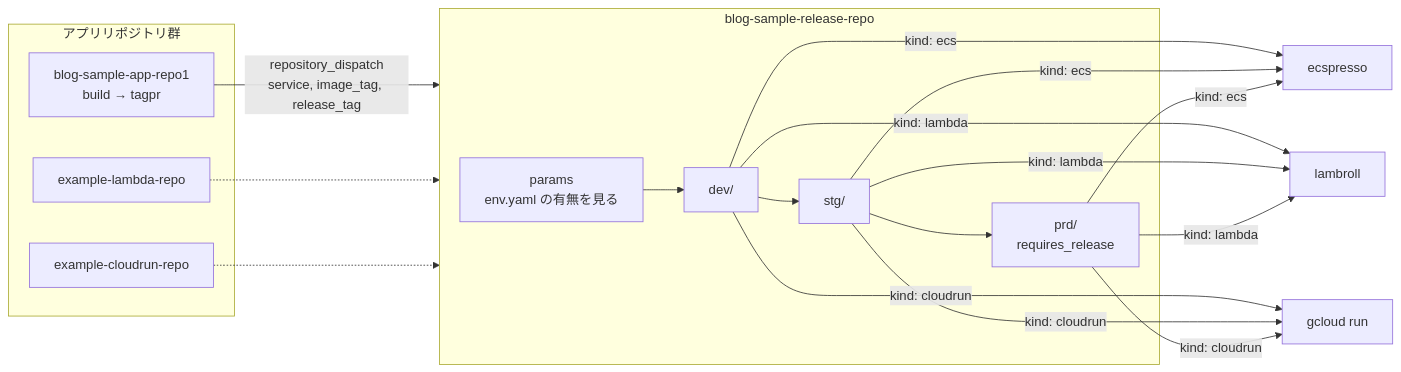
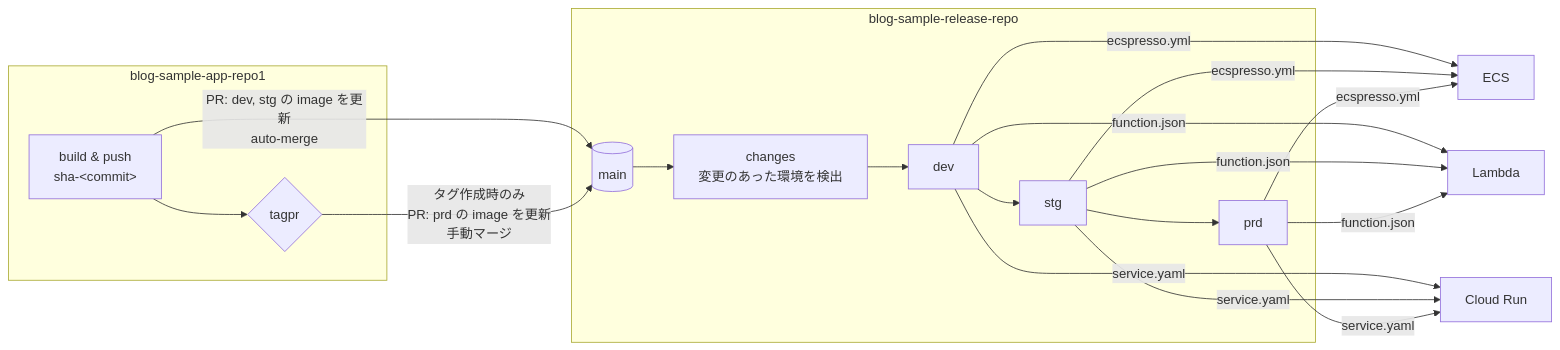
One commit to gainings/blog-sample-release-repo changed the diagram in README.md. Above: the diagram before and after it, drawn with Mermaid. The commit also changed other lines of this file and 26 other files, not shown here.

First line of the commit message:
Release what is on main; drop env.yaml and workflow inputs

````diff
--- a/README.md
+++ b/README.md
@@ -14,17 +18,14 @@
 ```mermaid
 flowchart LR
-    subgraph apps[アプリリポジトリ群]
-        A1[blog-sample-app-repo1<br/>build → tagpr]
-        A2[example-lambda-repo]
-        A3[example-cloudrun-repo]
+    subgraph app[blog-sample-app-repo1]
+        B[build & push<br/>sha-&lt;commit&gt;] --> T{tagpr}
     end
-    A1 -->|repository_dispatch<br/>service, image_tag, release_tag| R
-    A2 -.-> R
-    A3 -.-> R
-    subgraph R[blog-sample-release-repo]
-        P[params<br/>env.yaml の有無を見る] --> D[dev/] --> S[stg/] --> Pr[prd/<br/>requires_release]
+    B -->|PR: dev, stg の image を更新<br/>auto-merge| M[(main)]
+    T -->|タグ作成時のみ<br/>PR: prd の image を更新<br/>手動マージ| M
+    subgraph rel[blog-sample-release-repo]
+        M --> C[changes<br/>変更のあった環境を検出] --> D[dev] --> S[stg] --> P[prd]
     end
-    D & S & Pr -->|kind: ecs| ECS[ecspresso]
-    D & S & Pr -->|kind: lambda| LMB[lambroll]
-    D & S & Pr -->|kind: cloudrun| CR[gcloud run]
+    D & S & P -->|ecspresso.yml| ECS[ECS]
+    D & S & P -->|function.json| LMB[Lambda]
+    D & S & P -->|service.yaml| CR[Cloud Run]
 ```
````
